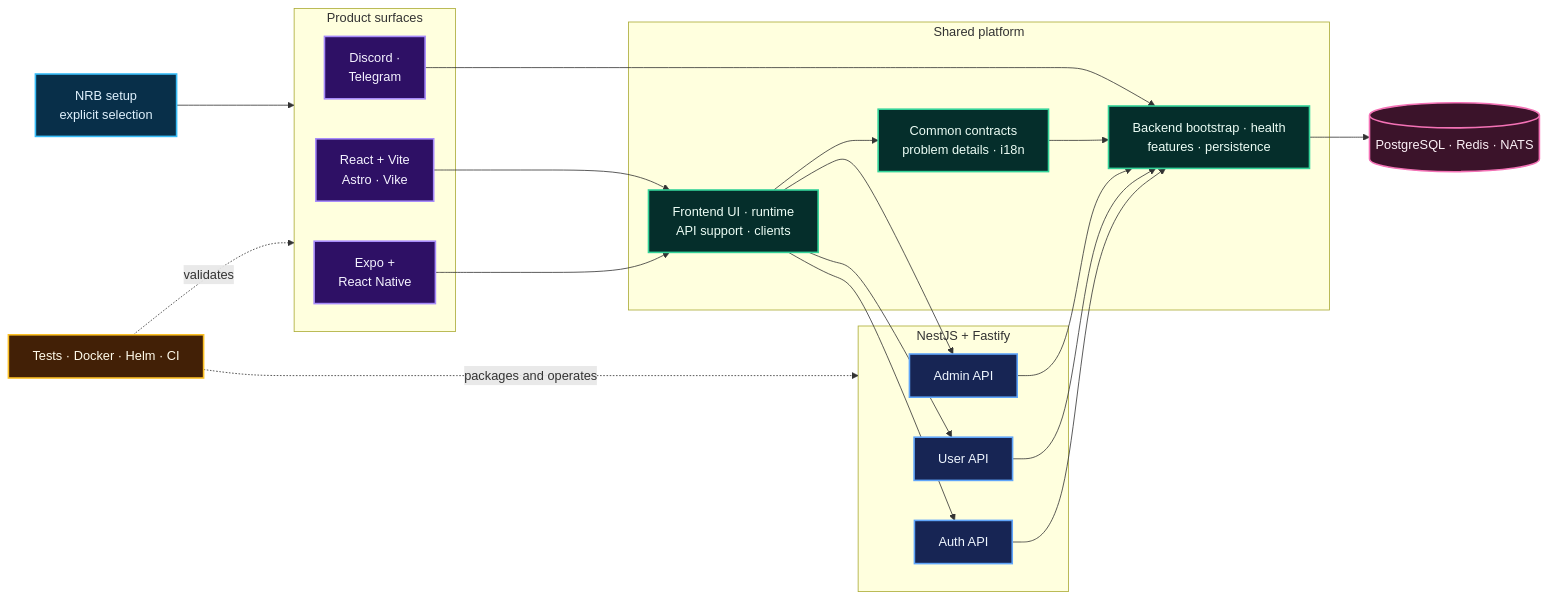
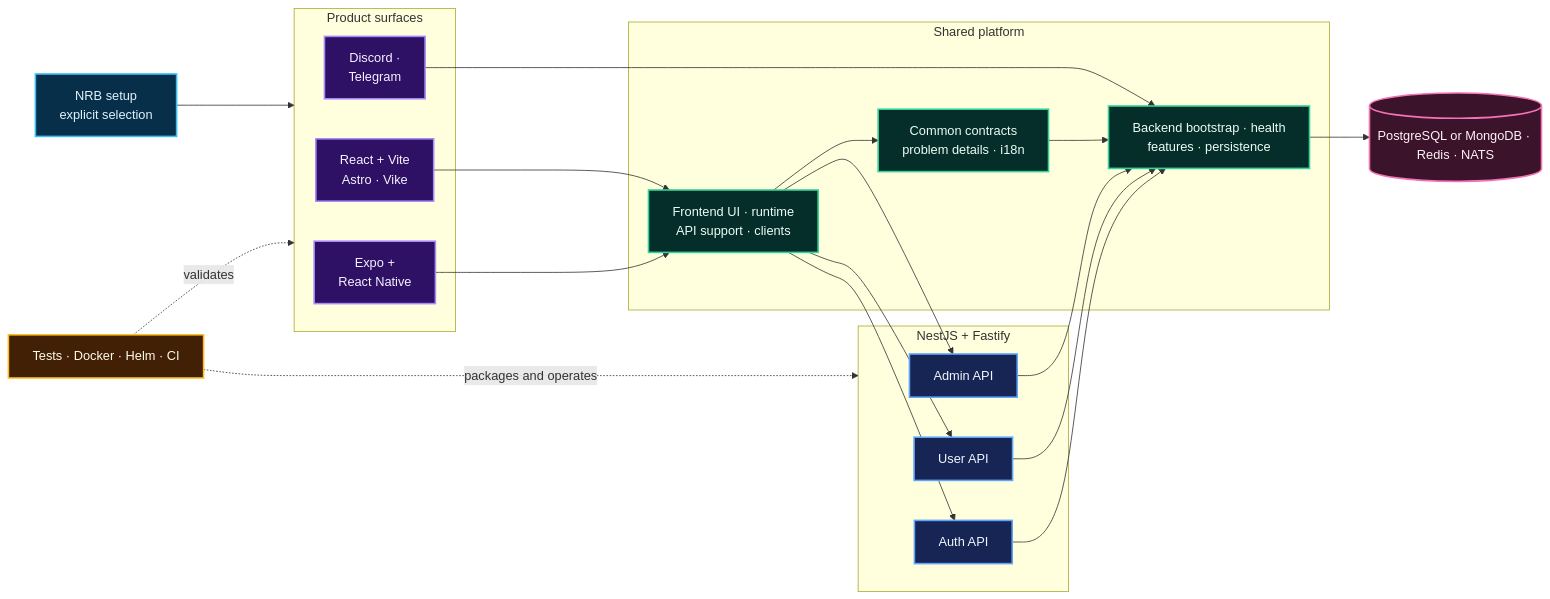
The diagram in README.md (nmime/dehqonhub), drawn with Mermaid before and after one commit. The commit also changed other lines of this file and 726 other files, not shown here.

````diff
--- a/README.md
+++ b/README.md
@@ -109,54 +114,54 @@
 ```mermaid
 flowchart LR
   Setup["NRB setup<br/>explicit selection"] --> Products
 
   subgraph Products["Product surfaces"]
     Web["React + Vite<br/>Astro · Vike"]
     Mobile["Expo +<br/>React Native"]
     Integrations["Discord ·<br/>Telegram"]
   end
 
   subgraph Platform["Shared platform"]
     Frontend["Frontend UI · runtime<br/>API support · clients"]
     Common["Common contracts<br/>problem details · i18n"]
     Backend["Backend bootstrap · health<br/>features · persistence"]
   end
 
   subgraph Services["NestJS + Fastify"]
     Admin["Admin API"]
     User["User API"]
     Auth["Auth API"]
   end
 
-  Data[("PostgreSQL · Redis · NATS")]
+  Data[("PostgreSQL or MongoDB · Redis · NATS")]
   Delivery["Tests · Docker · Helm · CI"]
 
   Web --> Frontend
   Mobile --> Frontend
   Integrations --> Backend
   Frontend --> Common
   Frontend --> Admin
   Frontend --> User
   Frontend --> Auth
   Common --> Backend
   Admin --> Backend
   User --> Backend
   Auth --> Backend
   Backend --> Data
   Delivery -. "validates" .-> Products
   Delivery -. "packages and operates" .-> Services
 
   classDef setup fill:#082f49,stroke:#38bdf8,color:#e0f2fe,stroke-width:2px;
   classDef product fill:#2e1065,stroke:#a78bfa,color:#f5f3ff,stroke-width:2px;
   classDef platform fill:#052e2b,stroke:#34d399,color:#ecfdf5,stroke-width:2px;
   classDef service fill:#172554,stroke:#60a5fa,color:#eff6ff,stroke-width:2px;
   classDef data fill:#3b132a,stroke:#f472b6,color:#fdf2f8,stroke-width:2px;
   classDef delivery fill:#422006,stroke:#fbbf24,color:#fffbeb,stroke-width:2px;
 
   class Setup setup;
   class Web,Mobile,Integrations product;
   class Frontend,Common,Backend platform;
   class Admin,User,Auth service;
   class Data data;
   class Delivery delivery;
 ```
````
